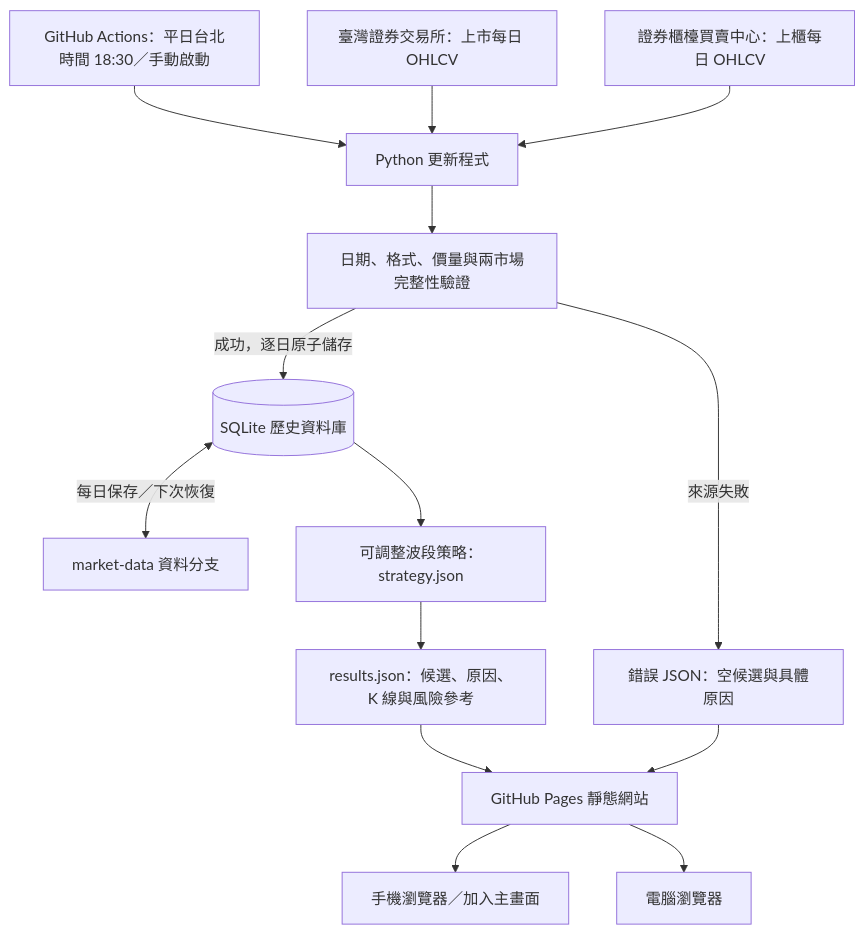
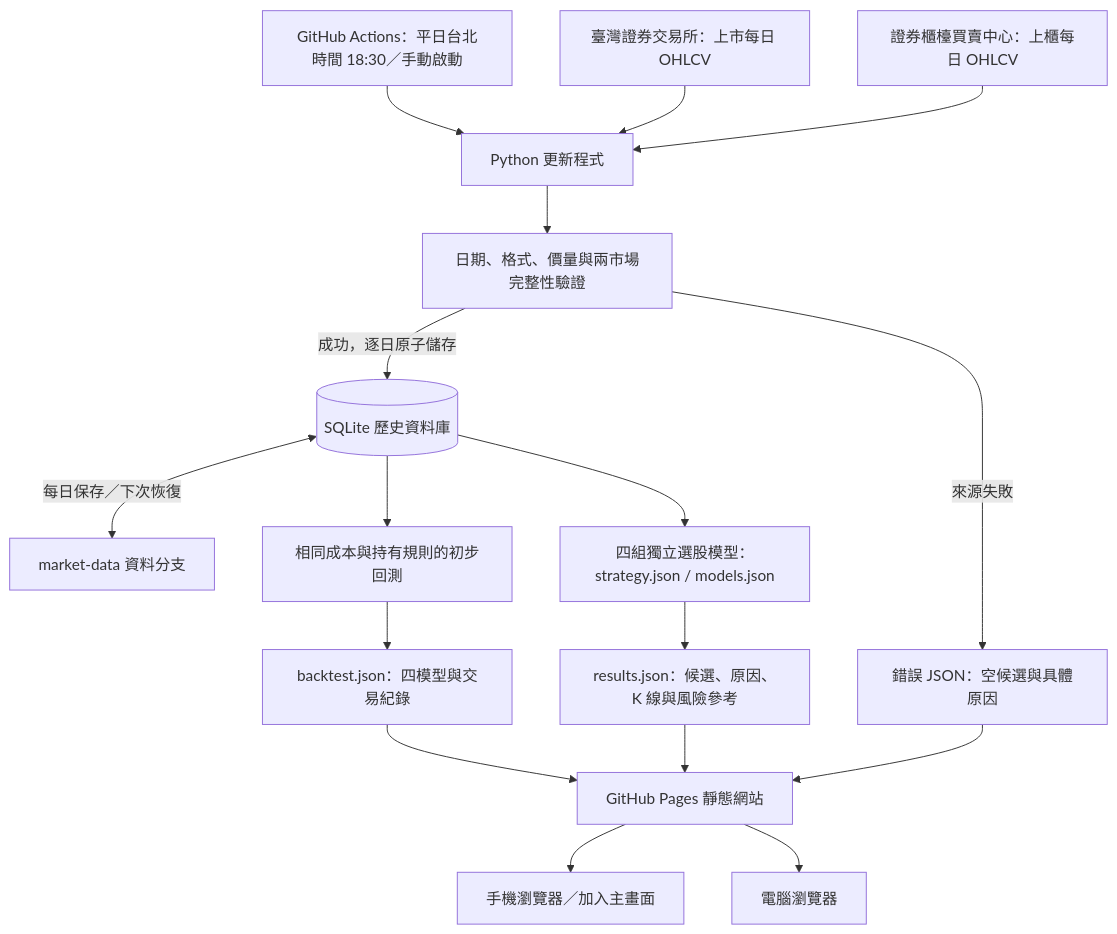
Before and after one commit to sy3dren-collab/taiwan-stock-screener: the diagram in docs/architecture.md, drawn with Mermaid. The commit also changed other lines of this file and 18 other files, not shown here.

````diff
--- a/docs/architecture.md
+++ b/docs/architecture.md
@@ -5,16 +5,19 @@
 ```mermaid
 flowchart TD
     A[GitHub Actions：平日台北時間 18:30／手動啟動] --> B[Python 更新程式]
     T[臺灣證券交易所：上市每日 OHLCV] --> B
     O[證券櫃檯買賣中心：上櫃每日 OHLCV] --> B
     B --> C[日期、格式、價量與兩市場完整性驗證]
     C -->|成功，逐日原子儲存| D[(SQLite 歷史資料庫)]
     D <-->|每日保存／下次恢復| E[market-data 資料分支]
-    D --> F[可調整波段策略：strategy.json]
+    D --> F[四組獨立選股模型：strategy.json / models.json]
+    D --> L[相同成本與持有規則的初步回測]
+    L --> M[backtest.json：四模型與交易紀錄]
+    M --> I
     F --> G[results.json：候選、原因、K 線與風險參考]
     C -->|來源失敗| H[錯誤 JSON：空候選與具體原因]
     G --> I[GitHub Pages 靜態網站]
     H --> I
     I --> J[手機瀏覽器／加入主畫面]
     I --> K[電腦瀏覽器]
 ```
````
